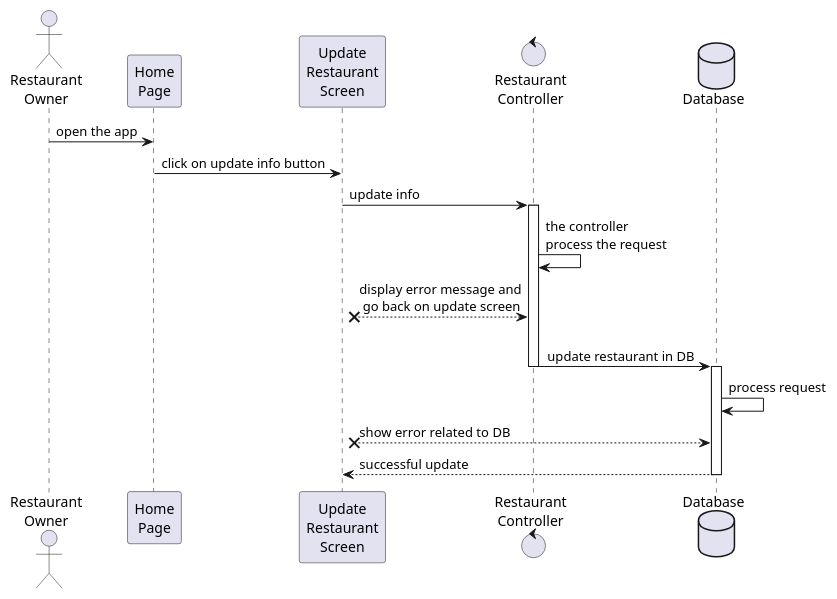
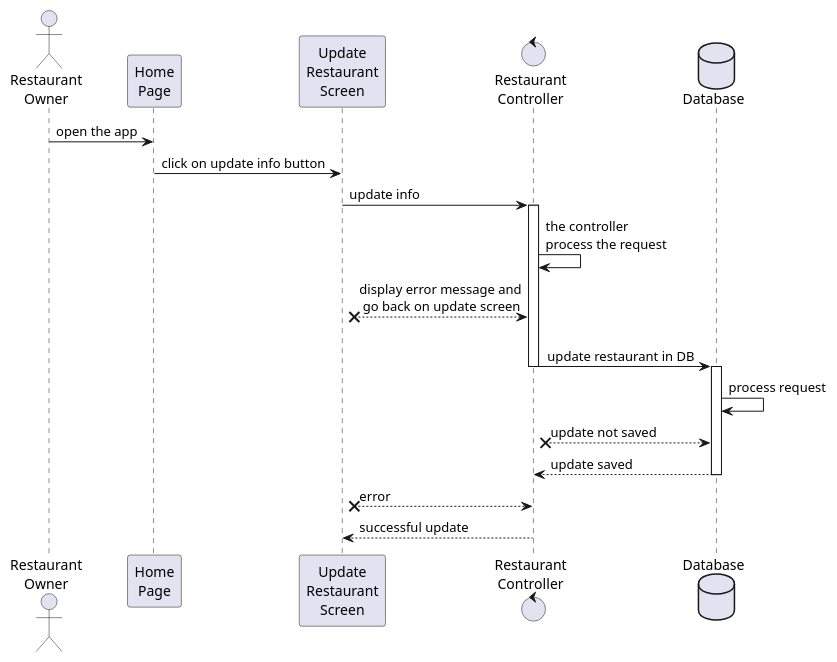
Before and after one commit to TommasoScalici/FoodDelivery: the diagram in src/main/java/unipa/fooddelivery/diagrams/sequence/restaurantOwner/updateRestaurantInfo.wsd, drawn with PlantUML. The commit also changed 8 other files, not shown here.

Commit message:
create sequence diagram updateUserInfo, fix other sequence diagram and create use case for shoppin cart

```diff
--- a/src/main/java/unipa/fooddelivery/diagrams/sequence/restaurantOwner/updateRestaurantInfo.wsd
+++ b/src/main/java/unipa/fooddelivery/diagrams/sequence/restaurantOwner/updateRestaurantInfo.wsd
@@ -1,27 +1,29 @@
 @startuml updateRegister
 
 actor "Restaurant\nOwner" as Owner
 participant "Home\nPage" as HomePage
 participant "Update\nRestaurant\nScreen" as UpdateScreen
 control "Restaurant\nController" as RestaurantController
 database Database
 
 Owner -> HomePage: open the app
 HomePage -> UpdateScreen: click on update info button
 UpdateScreen -> RestaurantController: update info
 
 activate RestaurantController
 RestaurantController -> RestaurantController: the controller\nprocess the request
 UpdateScreen x-- RestaurantController: display error message and\n go back on update screen
 RestaurantController -> Database: \n  update restaurant in DB
 deactivate RestaurantController
 
 activate Database
 Database -> Database: process request
-UpdateScreen x-- Database: show error related to DB
-UpdateScreen <-- Database: successful update
+RestaurantController x-- Database: update not saved
+RestaurantController <-- Database: update saved
 deactivate Database
+UpdateScreen x-- RestaurantController : error
+UpdateScreen <-- RestaurantController : successful update
 
 
 
 @enduml
```
